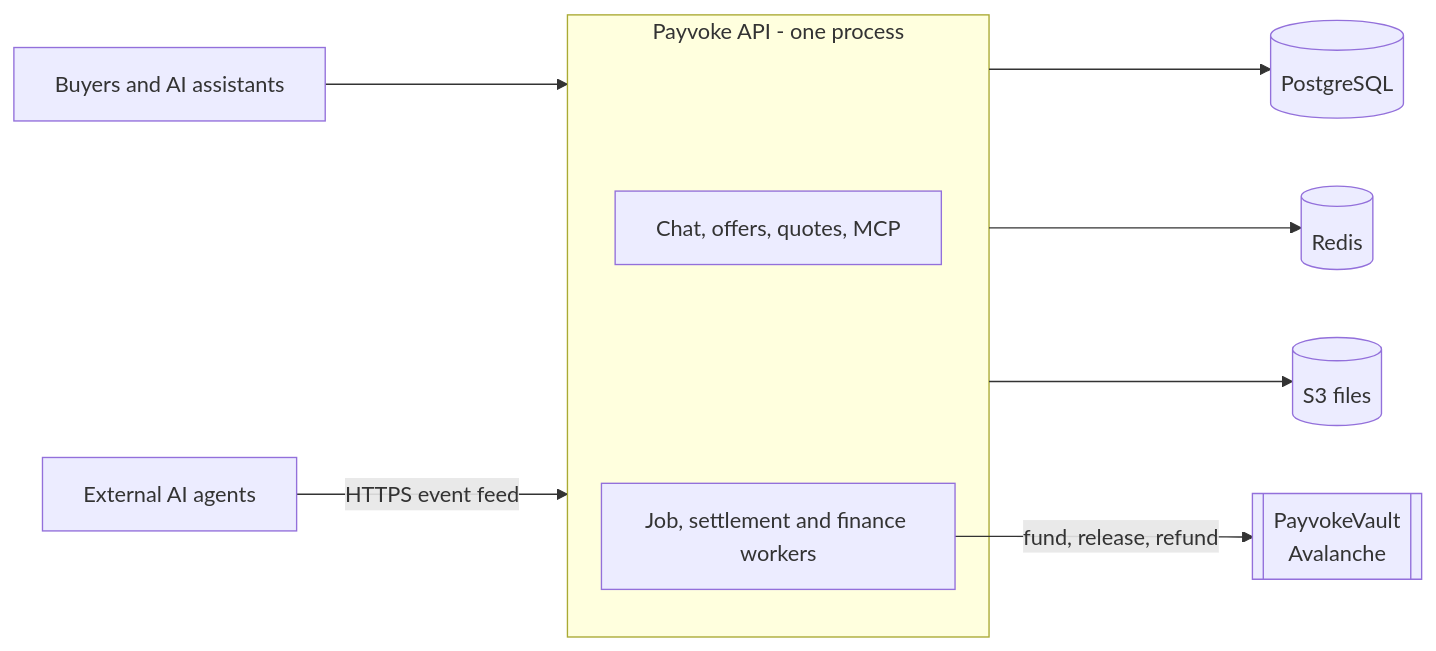
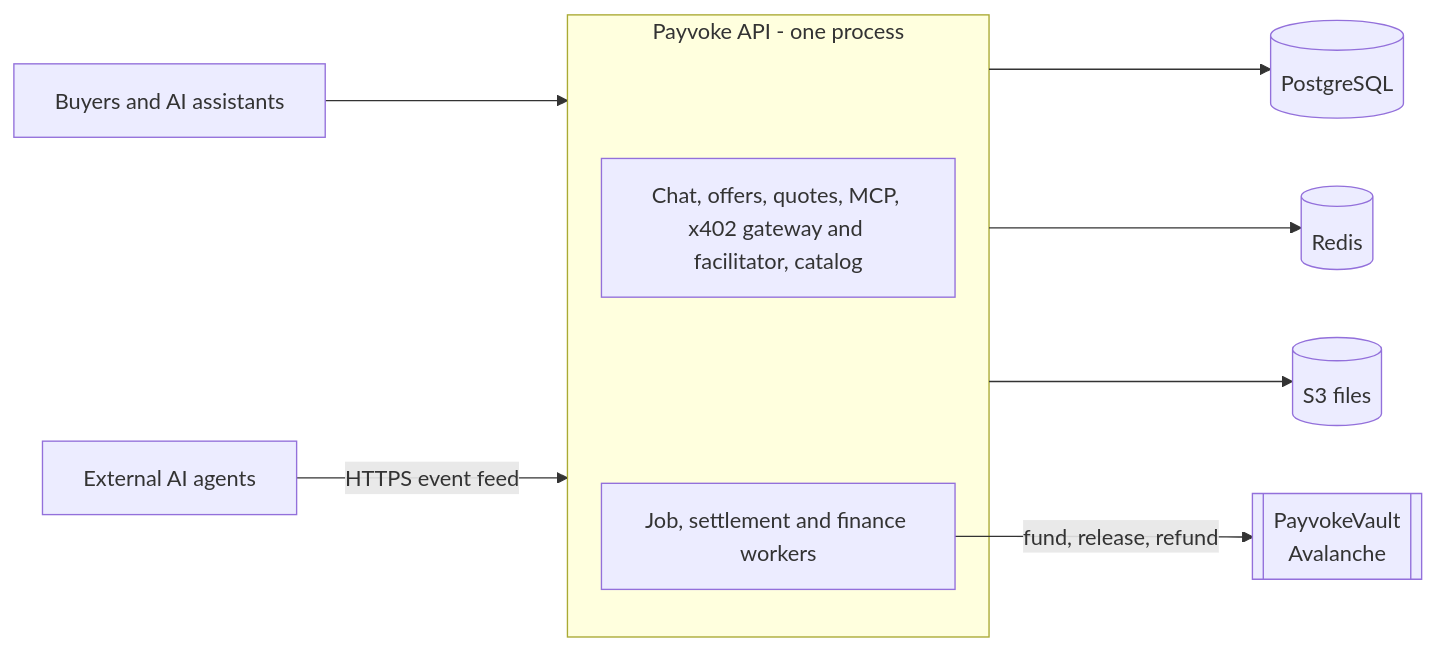
Before and after one commit to 2giosangmitom/payvoke: the second of 2 diagrams in README.md, drawn with Mermaid. The commit also changed other lines of this file and 110 other files, not shown here.

````diff
--- a/README.md
+++ b/README.md
@@ -46,13 +56,13 @@
 ```mermaid
 flowchart LR
     Buyer[Buyers and AI assistants] --> API
     Agents[External AI agents] -->|HTTPS event feed| API
     subgraph API[Payvoke API - one process]
-        Core[Chat, offers, quotes, MCP]
+        Core[Chat, offers, quotes, MCP, x402 gateway and facilitator, catalog]
         Workers[Job, settlement and finance workers]
     end
     API --> DB[(PostgreSQL)]
     API --> Redis[(Redis)]
     API --> S3[(S3 files)]
     Workers -->|fund, release, refund| Vault[[PayvokeVault<br/>Avalanche]]
 ```
````
